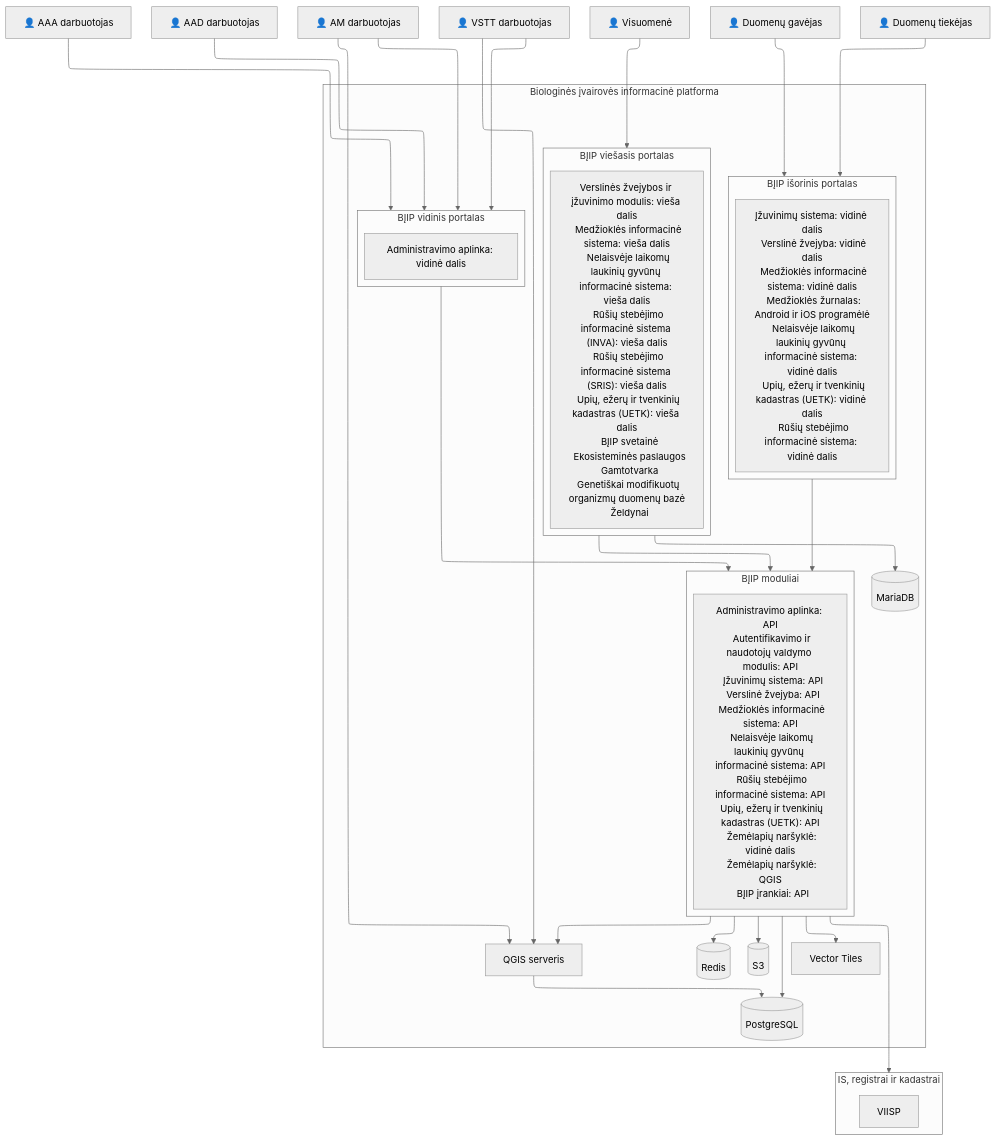
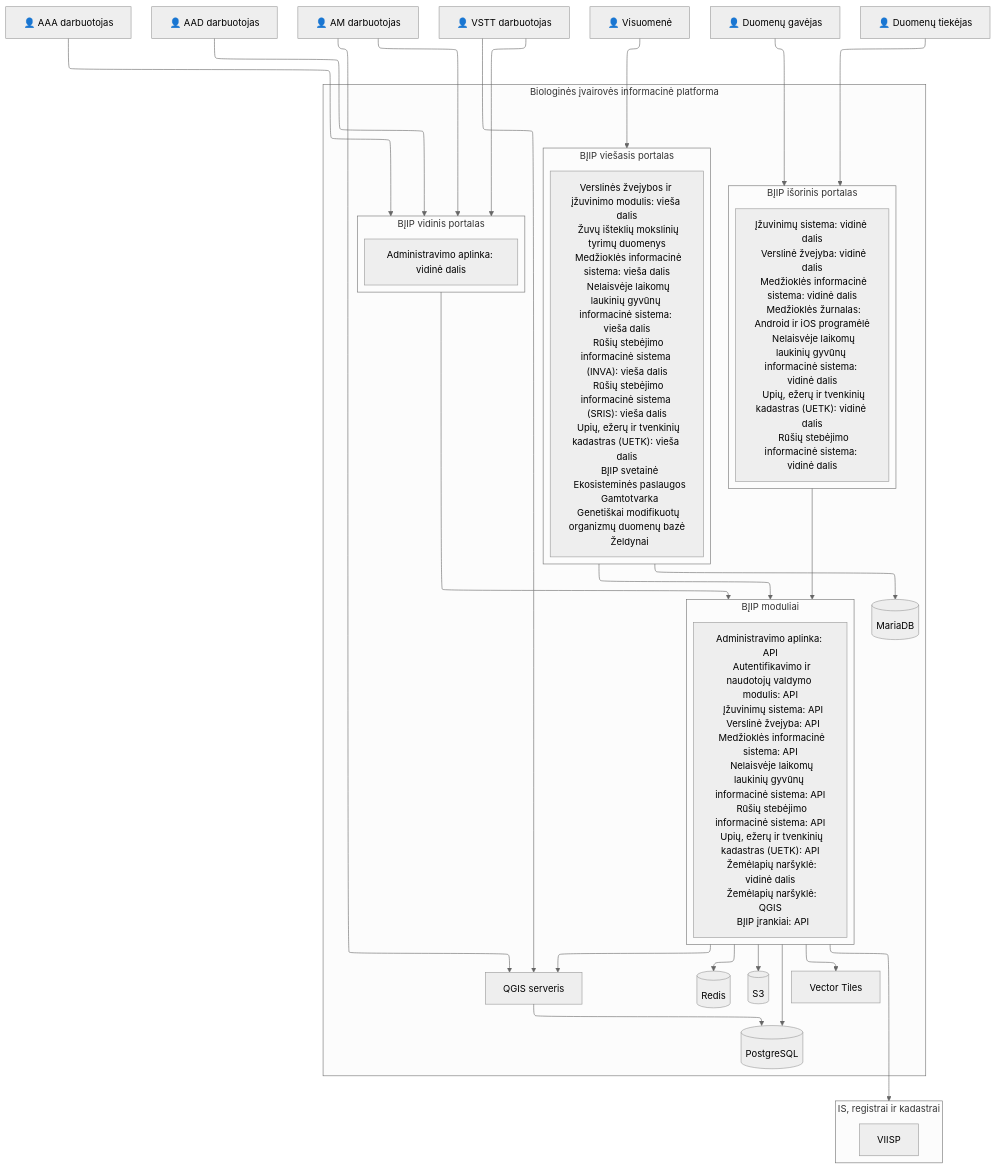
One commit to AplinkosMinisterija/biip-docs changed the diagram in src/schema.md. Above: the diagram before and after it, drawn with Mermaid (neutral theme).

Commit message:
žuvų išteklių mokslinių tyrimų duomenys

```diff
--- a/src/schema.md
+++ b/src/schema.md
@@ -26,6 +26,7 @@
 
 subgraph public["BĮIP viešasis portalas"]
   all_public["Verslinės žvejybos ir įžuvinimo modulis: vieša dalis
+  Žuvų išteklių mokslinių tyrimų duomenys
   Medžioklės informacinė sistema: vieša dalis
   Nelaisvėje laikomų laukinių gyvūnų informacinė sistema: vieša dalis
   Rūšių stebėjimo informacinė sistema (INVA): vieša dalis
```
